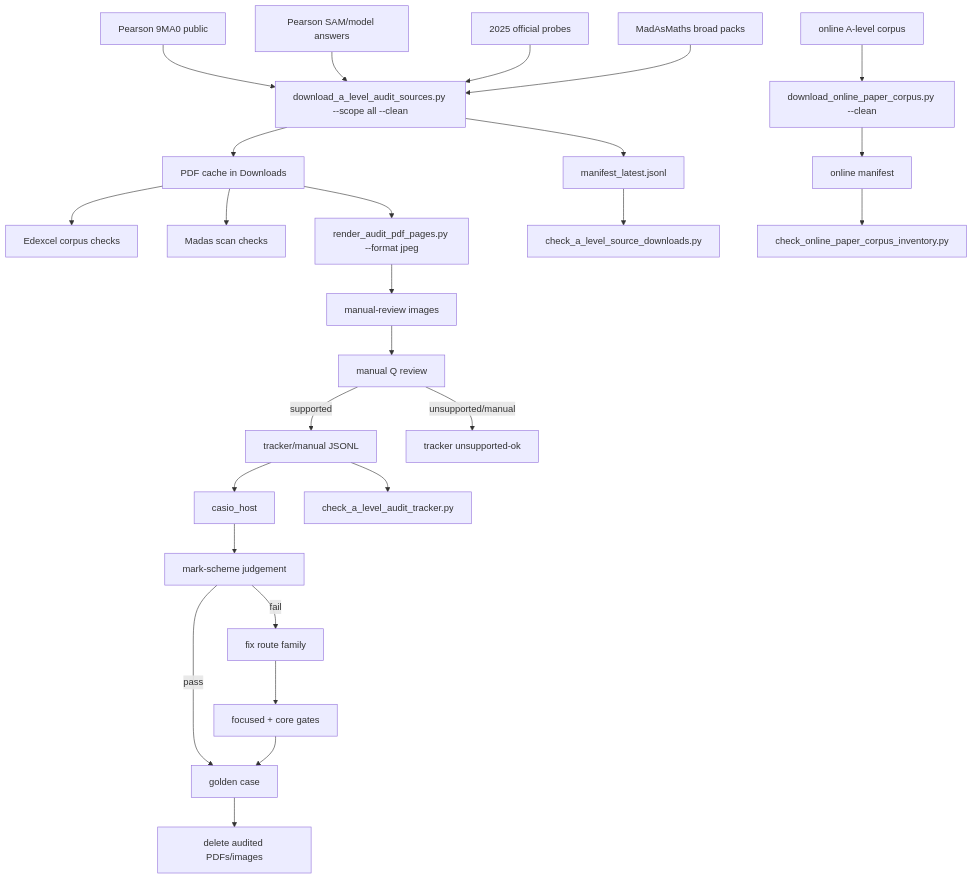
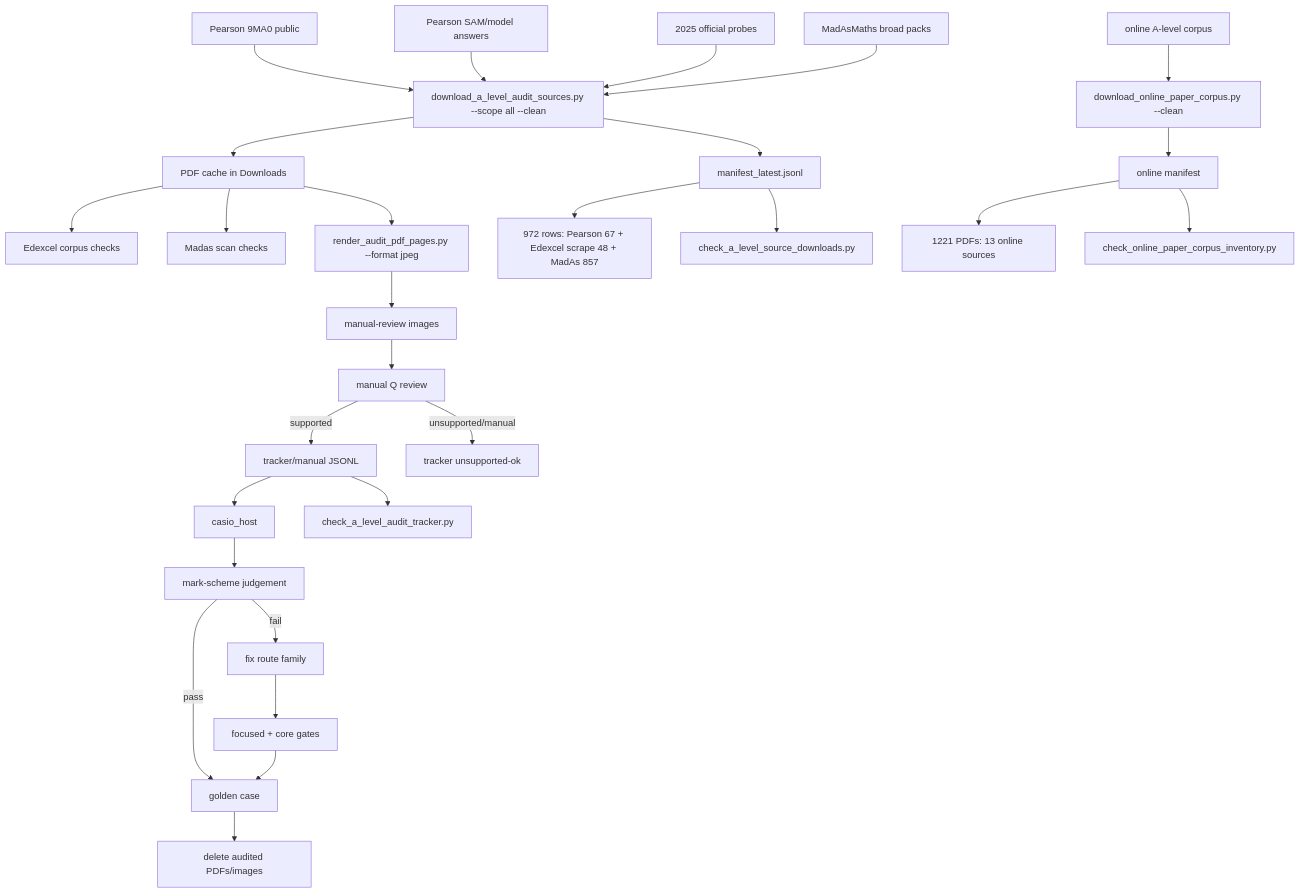
The diagram in c++/tools/golden/a_level_audit_graph.md (james8464/notes-addin-casio-fx-cg50), drawn with Mermaid before and after one commit. The commit also changed other lines of this file and 1 other file, not shown here.

````diff
--- a/c++/tools/golden/a_level_audit_graph.md
+++ b/c++/tools/golden/a_level_audit_graph.md
@@ -3,28 +3,30 @@
 ```mermaid
 graph TD
   E1["Pearson 9MA0 public"] --> D["download_a_level_audit_sources.py --scope all --clean"]
   E2["Pearson SAM/model answers"] --> D
   E3["2025 official probes"] --> D
   M1["MadAsMaths broad packs"] --> D
   O1["online A-level corpus"] --> OD["download_online_paper_corpus.py --clean"]
   D --> P["PDF cache in Downloads"]
   D --> X["manifest_latest.jsonl"]
   OD --> OX["online manifest"]
+  X --> XC["972 rows: Pearson 67 + Edexcel scrape 48 + MadAs 857"]
+  OX --> OC["1221 PDFs: 13 online sources"]
   X --> V["check_a_level_source_downloads.py"]
   OX --> OV["check_online_paper_corpus_inventory.py"]
   P --> E["Edexcel corpus checks"]
   P --> S["Madas scan checks"]
   P --> R["render_audit_pdf_pages.py --format jpeg"]
   R --> I["manual-review images"]
   I --> Q["manual Q review"]
   Q -->|supported| J["tracker/manual JSONL"]
   Q -->|unsupported/manual| U["tracker unsupported-ok"]
   J --> H["casio_host"]
   J --> K["check_a_level_audit_tracker.py"]
   H --> C["mark-scheme judgement"]
   C -->|pass| G["golden case"]
   C -->|fail| F["fix route family"]
   F --> T["focused + core gates"]
   T --> G
   G --> Z["delete audited PDFs/images"]
 ```
````
